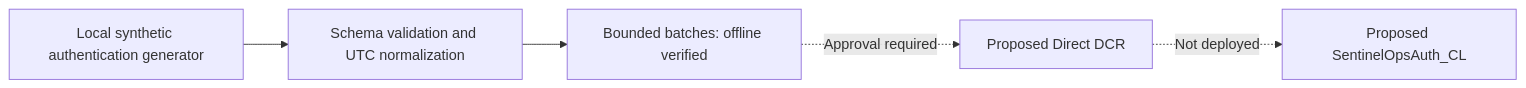
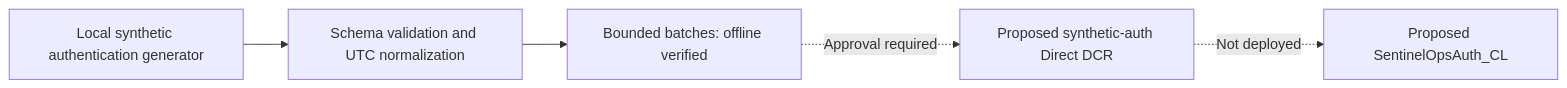
The second of 2 diagrams in README.md (miguelcastu/SentinelOps-MXDR), drawn with Mermaid before and after one commit. The commit also changed other lines of this file and 15 other files, not shown here.

````diff
--- a/README.md
+++ b/README.md
@@ -81,7 +82,7 @@
 ```mermaid
 flowchart LR
     GEN[Local synthetic authentication generator] --> CHECK[Schema validation and UTC normalization]
     CHECK --> BATCH[Bounded batches: offline verified]
-    BATCH -. Approval required .-> DCR[Proposed Direct DCR]
+    BATCH -. Approval required .-> DCR[Proposed synthetic-auth Direct DCR]
     DCR -. Not deployed .-> TABLE[Proposed SentinelOpsAuth_CL]
 ```
````
